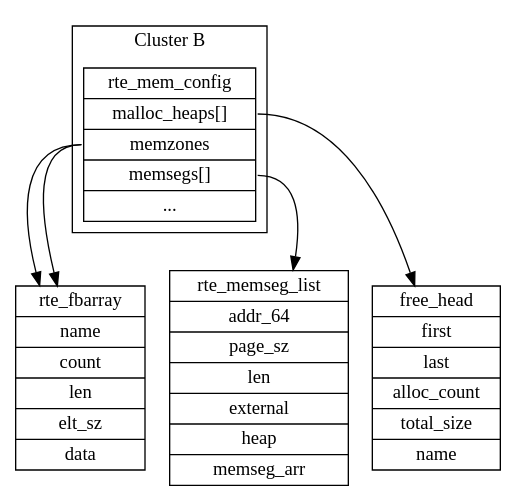
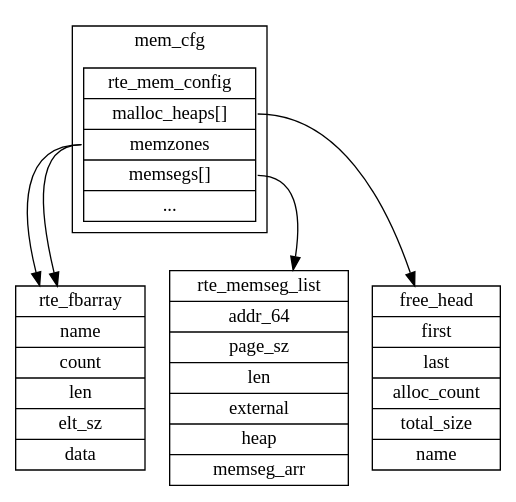
One commit to sisyphus1212/note changed the diagram in dpdk/内存管理.md. Above: the diagram before and after it, drawn with Graphviz.

Commit message:
auto_update

````diff
--- a/dpdk/内存管理.md
+++ b/dpdk/内存管理.md
@@ -16,55 +16,55 @@
 ```graphviz
 digraph {
 	subgraph cluster_mem_cfg {
-		label="Cluster B";
+		label="mem_cfg";
 		mem_cfg [
 			label = "{
 			<f0>rte_mem_config|
 			<f1>malloc_heaps[]|
 			<f2>memzones|
 			<f3>memsegs[]|
 			<f4>...
 			}",
 			shape = "record"
 		];
 	}
 	rte_fbarray[
 		label = "{
 		rte_fbarray|
         name|
 		count|
 		len|
 		elt_sz|
 		data
 		}",
 		shape = "record"
 	];
 	rte_memseg_list[
 		label = "{
 		<f0>rte_memseg_list|
 		<f1>addr_64|
 		<f2>page_sz|
 		<f3>len|
 		<f4>external|
 		<f5>heap |
 		<f6>memseg_arr
 		}",
 		shape = "record"
 	];
 	malloc_heap[
 		label = "{
 		free_head|
 		first|
         last|
 		alloc_count|
 		total_size|
 		name
 		}",
 		shape = "record"
 	];
 	mem_cfg :f1 -> malloc_heap
 	mem_cfg :f2 -> rte_fbarray
 	mem_cfg :f3 -> rte_memseg_list
 	mem_cfg :f6 -> rte_fbarray
 }
 ```
````
